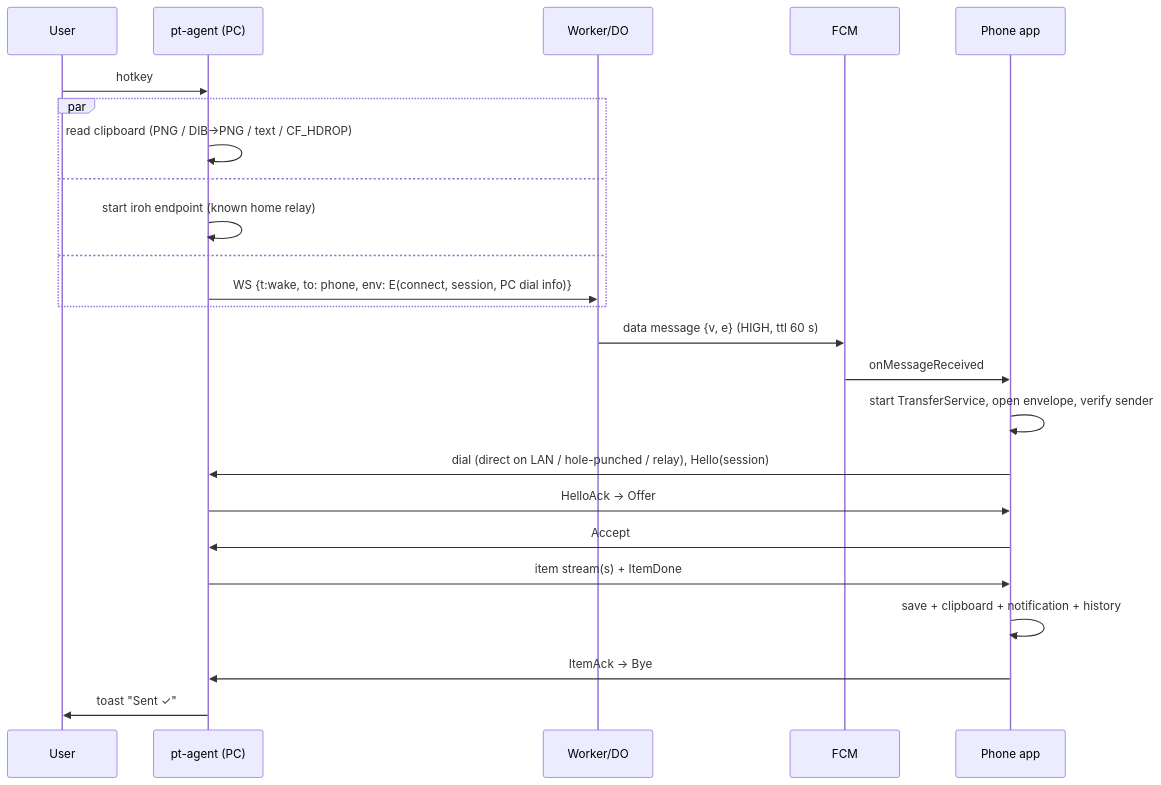
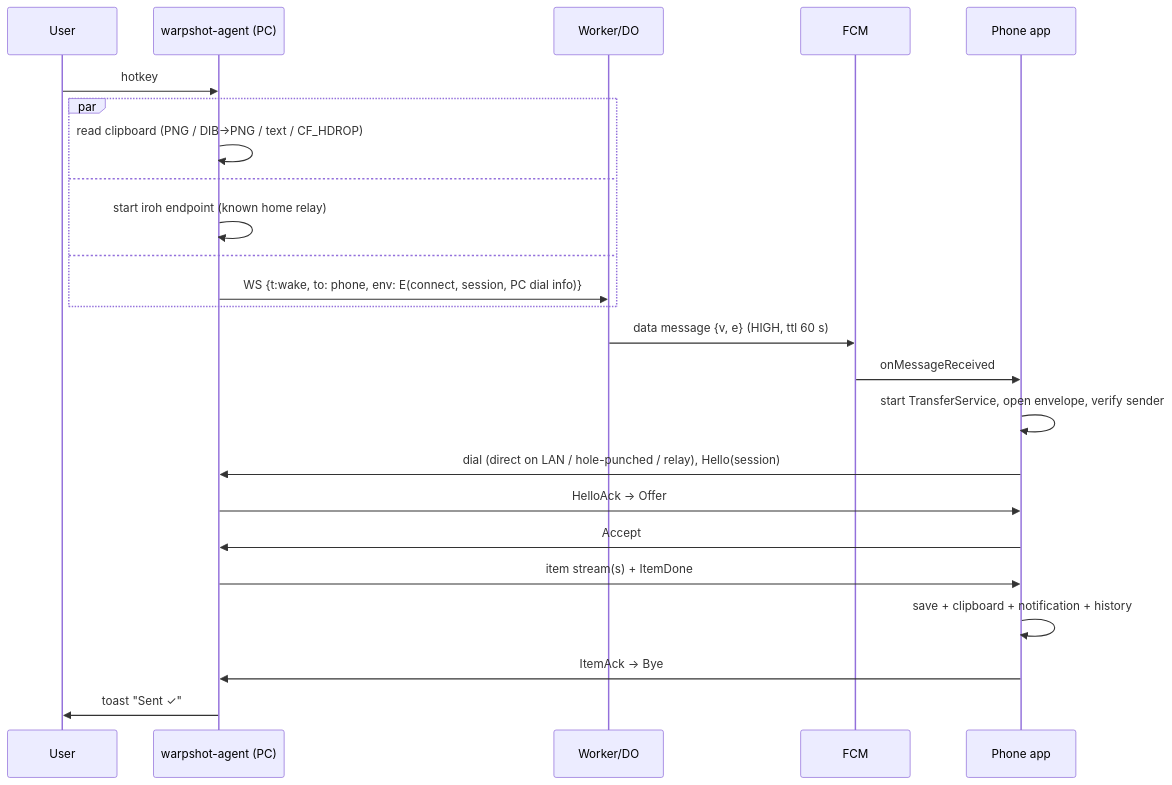
One commit to Guidin9/pictransfer changed the first of 3 diagrams in docs/architecture.md. Above: the diagram before and after it, drawn with Mermaid. The commit also changed other lines of this file and 10 other files, not shown here.

````diff
--- a/docs/architecture.md
+++ b/docs/architecture.md
@@ -92,26 +92,26 @@
 ```mermaid
 sequenceDiagram
   participant U as User
-  participant A as pt-agent (PC)
+  participant A as warpshot-agent (PC)
   participant S as Worker/DO
   participant F as FCM
   participant P as Phone app
   U->>A: hotkey
   par
     A->>A: read clipboard (PNG / DIB→PNG / text / CF_HDROP)
   and
     A->>A: start iroh endpoint (known home relay)
   and
     A->>S: WS {t:wake, to: phone, env: E(connect, session, PC dial info)}
   end
   S->>F: data message {v, e} (HIGH, ttl 60 s)
   F->>P: onMessageReceived
   P->>P: start TransferService, open envelope, verify sender
   P->>A: dial (direct on LAN / hole-punched / relay), Hello(session)
   A->>P: HelloAck → Offer
   P->>A: Accept
   A->>P: item stream(s) + ItemDone
   P->>P: save + clipboard + notification + history
   P->>A: ItemAck → Bye
   A->>U: toast "Sent ✓"
 ```
````
